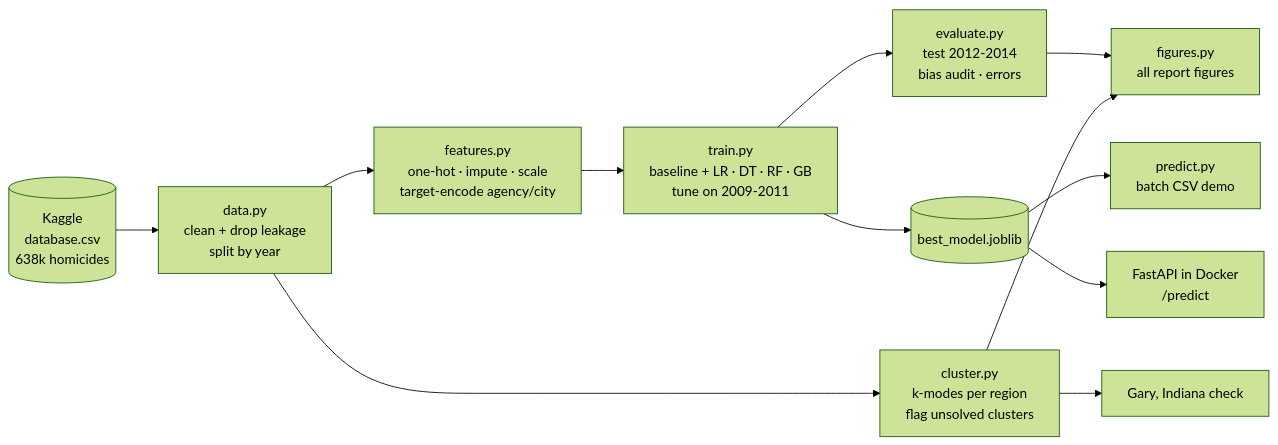
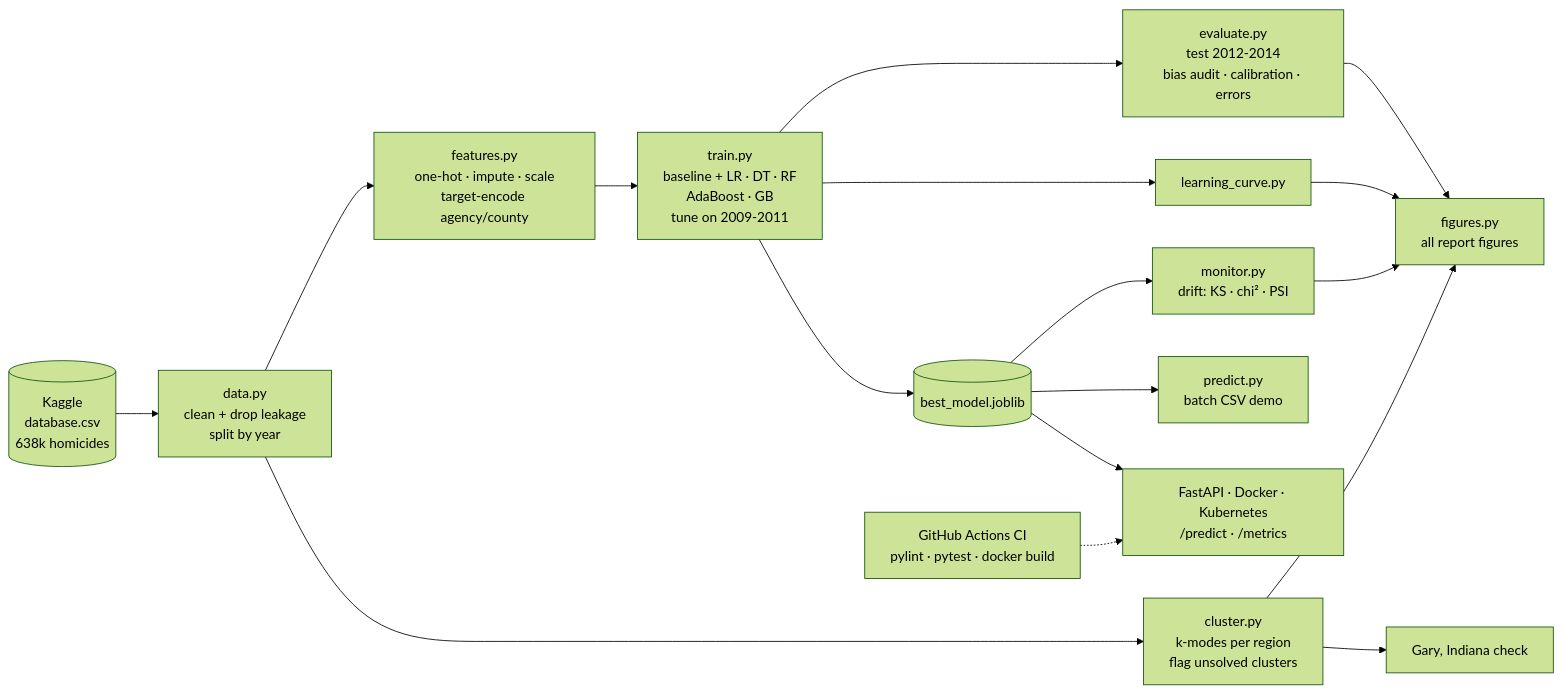
Before and after one commit to gossezandstra-star/homicide-solvability: the diagram in docs/pipeline.mmd, drawn with Mermaid (forest theme). The commit also changed 38 other files, not shown here.

First line of the commit message:
Harden API, add calibration, fairness, bootstrap and learning-curve analyses, final report

```diff
--- a/docs/pipeline.mmd
+++ b/docs/pipeline.mmd
@@ -1,12 +1,17 @@
 flowchart LR
     A[(Kaggle<br/>database.csv<br/>638k homicides)] --> B[data.py<br/>clean + drop leakage<br/>split by year]
-    B --> C[features.py<br/>one-hot · impute · scale<br/>target-encode agency/city]
-    C --> D[train.py<br/>baseline + LR · DT · RF · GB<br/>tune on 2009-2011]
-    D --> E[evaluate.py<br/>test 2012-2014<br/>bias audit · errors]
+    B --> C[features.py<br/>one-hot · impute · scale<br/>target-encode agency/county]
+    C --> D[train.py<br/>baseline + LR · DT · RF<br/>AdaBoost · GB<br/>tune on 2009-2011]
+    D --> E[evaluate.py<br/>test 2012-2014<br/>bias audit · calibration · errors]
+    D --> L[learning_curve.py]
     D --> M[(best_model.joblib)]
+    M --> W[monitor.py<br/>drift: KS · chi² · PSI]
     M --> P[predict.py<br/>batch CSV demo]
-    M --> Q[FastAPI in Docker<br/>/predict]
+    M --> Q[FastAPI · Docker · Kubernetes<br/>/predict · /metrics]
     B --> K[cluster.py<br/>k-modes per region<br/>flag unsolved clusters]
     K --> G[Gary, Indiana check]
     E --> F[figures.py<br/>all report figures]
+    L --> F
+    W --> F
     K --> F
+    CI[GitHub Actions CI<br/>pylint · pytest · docker build] -.-> Q
```
